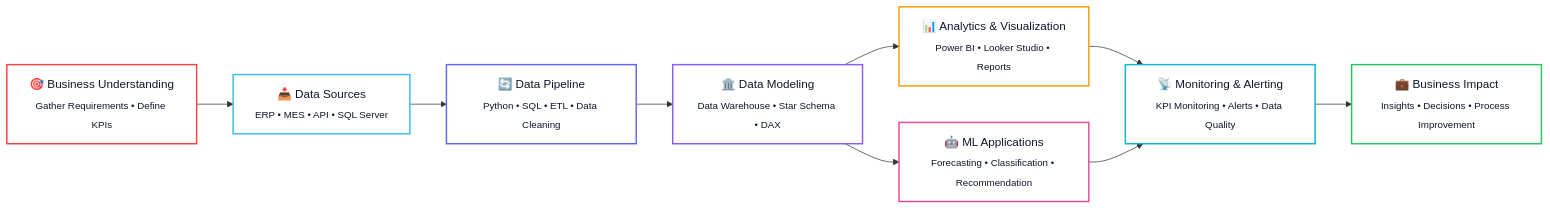
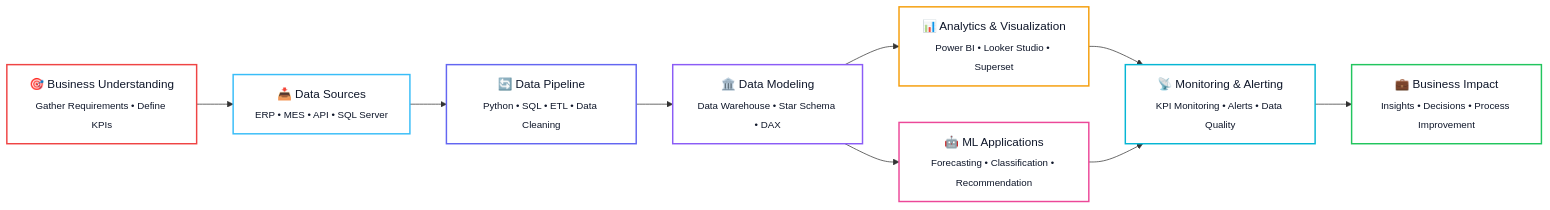
The diagram in README.md (thanhvinh04/thanhvinh04), drawn with Mermaid before and after one commit.

````diff
--- a/README.md
+++ b/README.md
@@ -51,37 +51,37 @@
 ```mermaid
 flowchart LR
 
     REQ["🎯 Business Understanding<br/><sub>Gather Requirements • Define KPIs</sub>"]
 
     SRC["📥 Data Sources<br/><sub>ERP • MES • API • SQL Server</sub>"]
 
     PREP["🔄 Data Pipeline<br/><sub>Python • SQL • ETL • Data Cleaning</sub>"]
 
     MODEL["🏛️ Data Modeling<br/><sub>Data Warehouse • Star Schema • DAX</sub>"]
 
-    BI["📊 Analytics & Visualization<br/><sub>Power BI • Looker Studio • Reports</sub>"]
+    BI["📊 Analytics & Visualization<br/><sub>Power BI • Looker Studio • Superset</sub>"]
 
     ML["🤖 ML Applications<br/><sub>Forecasting • Classification • Recommendation</sub>"]
 
     OPS["📡 Monitoring & Alerting<br/><sub>KPI Monitoring • Alerts • Data Quality</sub>"]
 
     IMP["💼 Business Impact<br/><sub>Insights • Decisions • Process Improvement</sub>"]
 
     REQ --> SRC
     SRC --> PREP
     PREP --> MODEL
     MODEL --> BI
     MODEL --> ML
     BI --> OPS
     ML --> OPS
     OPS --> IMP
 
     style REQ fill:#ffffff,stroke:#ef4444,stroke-width:2px,color:#0f172a
     style SRC fill:#ffffff,stroke:#38bdf8,stroke-width:2px,color:#0f172a
     style PREP fill:#ffffff,stroke:#6366f1,stroke-width:2px,color:#0f172a
     style MODEL fill:#ffffff,stroke:#8b5cf6,stroke-width:2px,color:#0f172a
     style BI fill:#ffffff,stroke:#f59e0b,stroke-width:2px,color:#0f172a
     style ML fill:#ffffff,stroke:#ec4899,stroke-width:2px,color:#0f172a
     style OPS fill:#ffffff,stroke:#06b6d4,stroke-width:2px,color:#0f172a
     style IMP fill:#ffffff,stroke:#22c55e,stroke-width:2px,color:#0f172a
 ```
````
